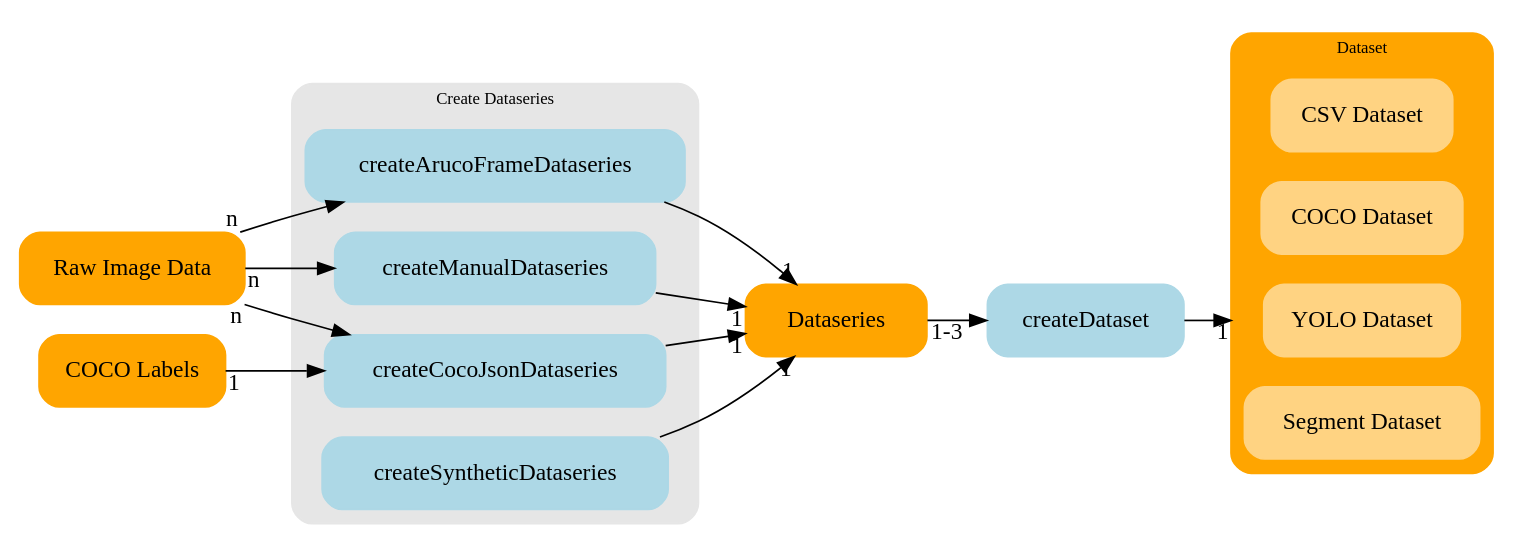
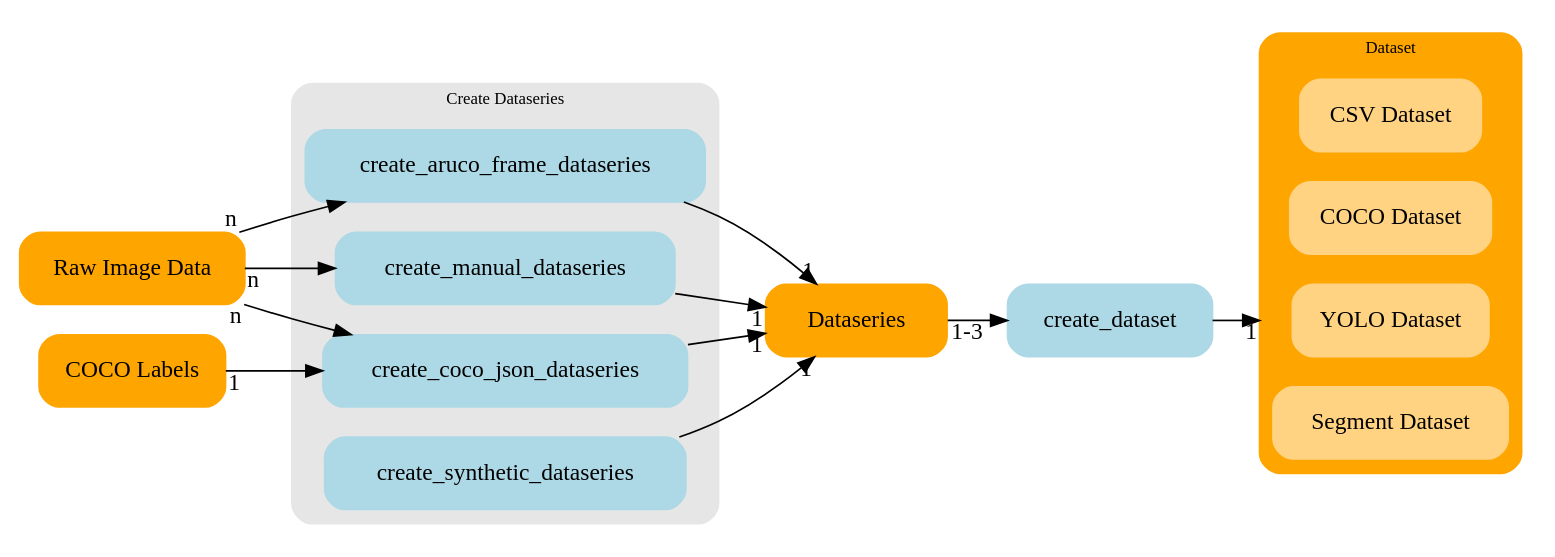
One commit to jnccd/crystal-marker-detection changed the diagram in thesis/assets/graph/arch_data.dot. Above: the diagram before and after it, drawn with Graphviz. The commit also changed 1 other file, not shown here.

```diff
--- a/thesis/assets/graph/arch_data.dot
+++ b/thesis/assets/graph/arch_data.dot
@@ -1,56 +1,56 @@
 digraph arch {
     rankdir=LR
     node [shape=box style="filled,rounded" width=1.5 height=0.6];
     graph [fontsize=10 compound=true];
     
     raw_data [label="Raw Image Data" color=orange]
     coco_labels [label="COCO Labels" color=orange]
     Dataseries [color=orange]
     #Dataset [color=orange]
-    createDataset [color=lightblue]
+    create_dataset [color=lightblue]
     
     # Mark: style="filled,rounded,dashed" fillcolor=lightblue color=red penwidth=3
 
     subgraph cluster_dataseries {
         graph [style="filled,rounded", color="#e6e6e6"]
         label = "Create Dataseries";
 
-        createArucoFrameDataseries [color=lightblue] 
-        createCocoJsonDataseries [color=lightblue]
-        createManualDataseries [color=lightblue]
-        createSyntheticDataseries [color=lightblue]
+        create_aruco_frame_dataseries [color=lightblue] 
+        create_coco_json_dataseries [color=lightblue]
+        create_manual_dataseries [color=lightblue]
+        create_synthetic_dataseries [color=lightblue]
         
         {
             rank = same;
-            createSyntheticDataseries -> createCocoJsonDataseries -> createManualDataseries -> createArucoFrameDataseries [style=invis]
+            create_synthetic_dataseries -> create_coco_json_dataseries -> create_manual_dataseries -> create_aruco_frame_dataseries [style=invis]
         }
     }
 
     subgraph cluster_dataset {
         graph [style="filled,rounded", color=orange]
         label = "Dataset";
 
         CSV [color="#ffd382" label="CSV Dataset"]
         COCO [color="#ffd382" label="COCO Dataset"]
         YOLO [color="#ffd382" label="YOLO Dataset"]
         Segmentation [color="#ffd382" label="Segment Dataset"]
         #Pet [color="#ffd382" label="Pet Dataset"]
         #SegPet [color="#ffd382" label="SegPet Dataset"]
     }
 
-    raw_data -> createArucoFrameDataseries [taillabel="n"]
-    raw_data -> createCocoJsonDataseries [taillabel="n"]
-    raw_data -> createManualDataseries [taillabel="n"]
-    coco_labels -> createCocoJsonDataseries [taillabel="1"]
+    raw_data -> create_aruco_frame_dataseries [taillabel="n"]
+    raw_data -> create_coco_json_dataseries [taillabel="n"]
+    raw_data -> create_manual_dataseries [taillabel="n"]
+    coco_labels -> create_coco_json_dataseries [taillabel="1"]
     
-    #{rank=same; createArucoFrameDataseries; createCocoJsonDataseries; createManualDataseries; createSyntheticDataseries;}
+    #{rank=same; create_aruco_frame_dataseries; create_coco_json_dataseries; create_manual_dataseries; create_synthetic_dataseries;}
 
-    createArucoFrameDataseries -> Dataseries [headlabel="1"]
-    createCocoJsonDataseries -> Dataseries [headlabel="1"]
-    createManualDataseries -> Dataseries [headlabel="1"]
-    createSyntheticDataseries -> Dataseries [headlabel="1"]
+    create_aruco_frame_dataseries -> Dataseries [headlabel="1"]
+    create_coco_json_dataseries -> Dataseries [headlabel="1"]
+    create_manual_dataseries -> Dataseries [headlabel="1"]
+    create_synthetic_dataseries -> Dataseries [headlabel="1"]
 
-    Dataseries -> createDataset [taillabel="1-3"]
+    Dataseries -> create_dataset [taillabel="1-3"]
 
-    createDataset -> YOLO [headlabel="1", lhead=cluster_dataset]
+    create_dataset -> YOLO [headlabel="1", lhead=cluster_dataset]
 }
```
